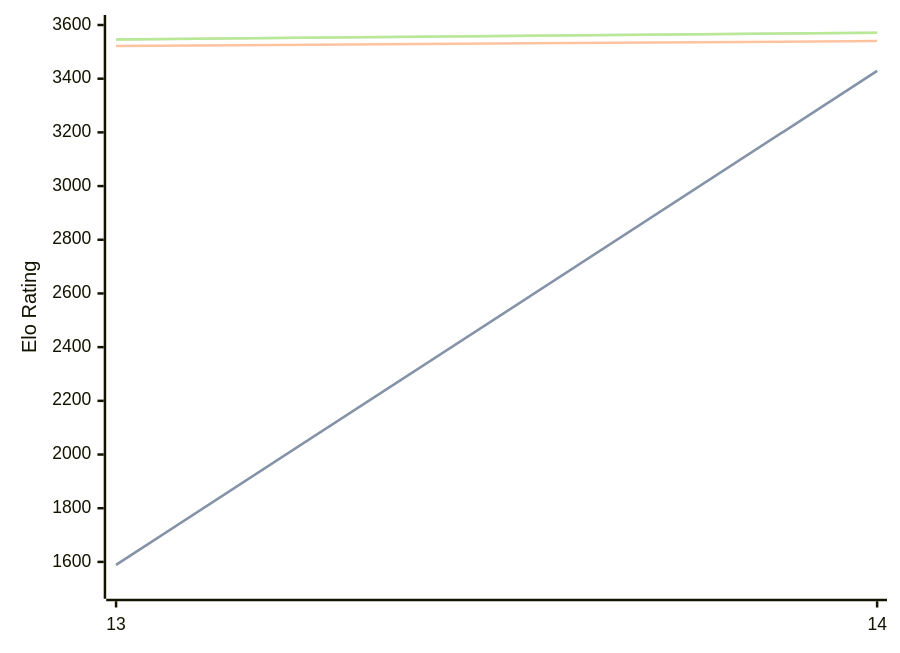
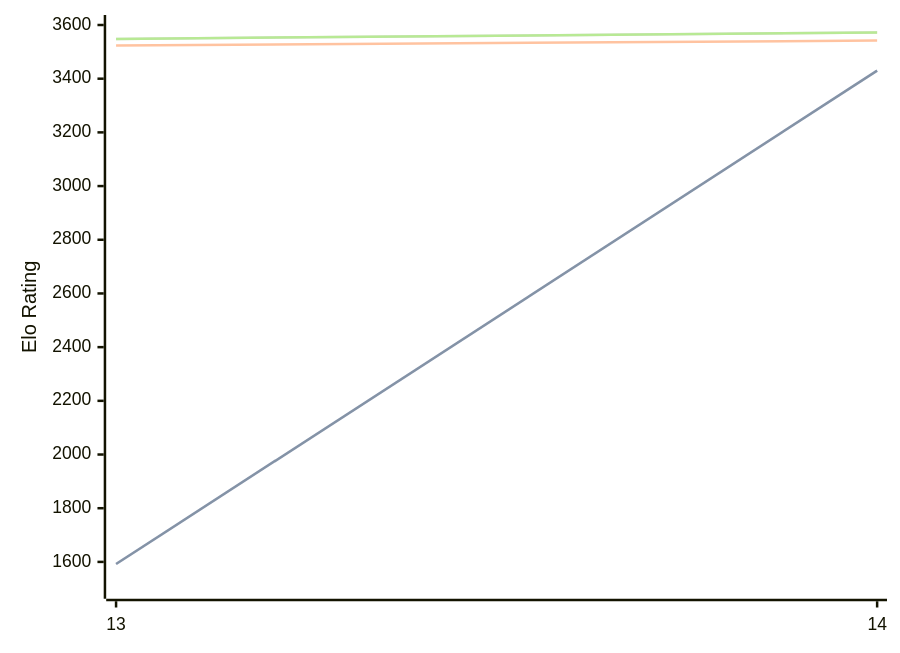
Before and after one commit to computer-chess-index/cci: the diagram in engines/Berserk.md, drawn with Mermaid. The commit also changed other lines of this file, not shown here.

Commit message:
Update CCI Ratings (ELO VLTC) - 2026-08-22

````diff
--- a/engines/Berserk.md
+++ b/engines/Berserk.md
@@ -33,11 +33,11 @@
 ```mermaid
 %%{init: {"theme":"base","themeVariables":{"seriesColors:['#a3a3a3','#222221','#faa371']}}}%%
 xychart-beta
   x-axis ["13", "14"]
   y-axis "Elo Rating" 1500 --> 3600
-  line "STC (8.0+0.08s)" [1589, 3429]
-  line "STC (8.0+0.08s)" [1589, 3429]
-  line "LTC (60.0+0.60s)" [3522, 3540]
-  line "VLTC (2m24s+1.12s)" [3546, 3571]
-  line "VLTC (2m24s+1.12s)" [3546, 3571]
+  line "STC (8.0+0.08s)" [1592, 3430]
+  line "STC (8.0+0.08s)" [1592, 3430]
+  line "LTC (60.0+0.60s)" [3524, 3542]
+  line "VLTC (2m24s+1.12s)" [3548, 3572]
+  line "VLTC (2m24s+1.12s)" [3548, 3572]
 ```
````
